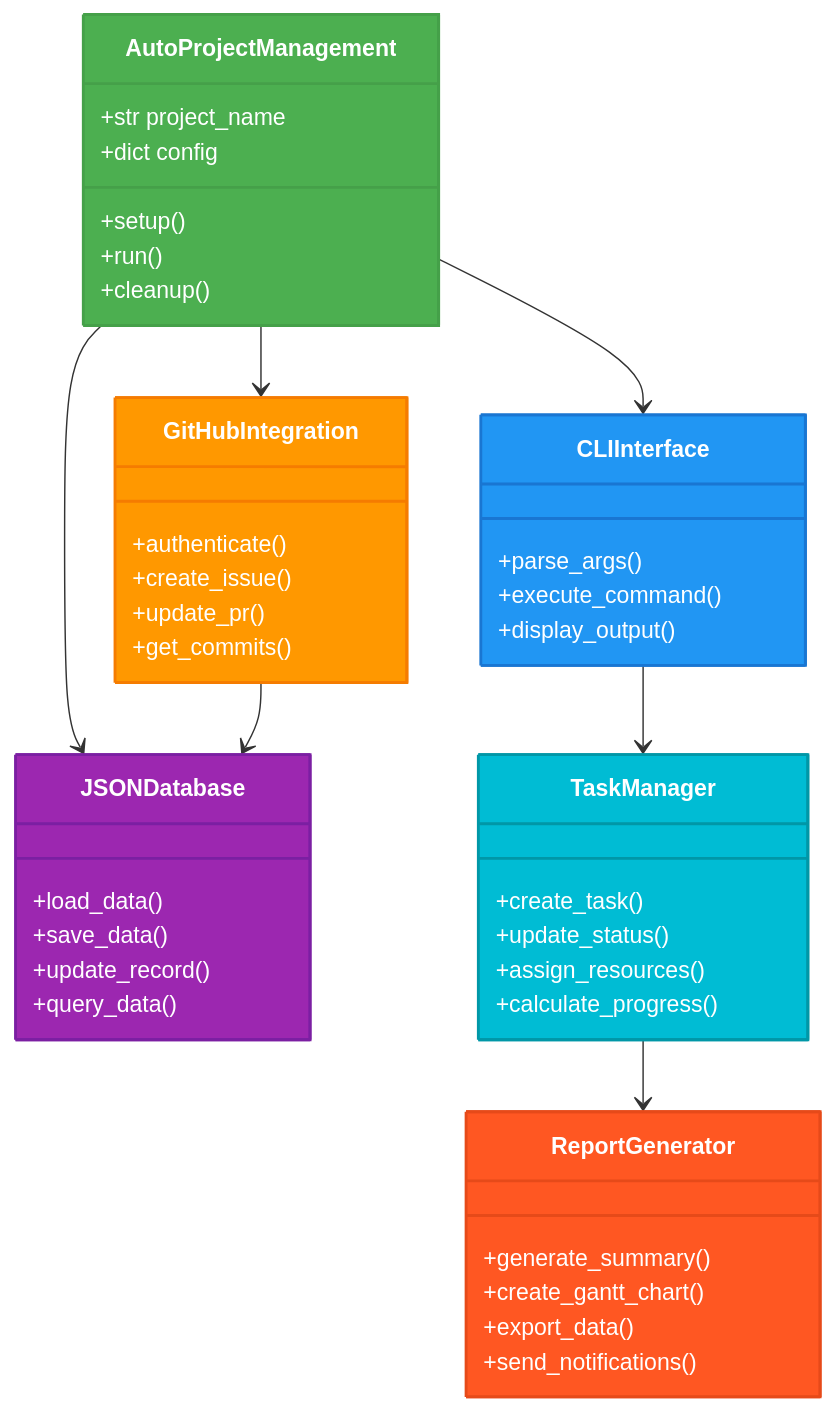
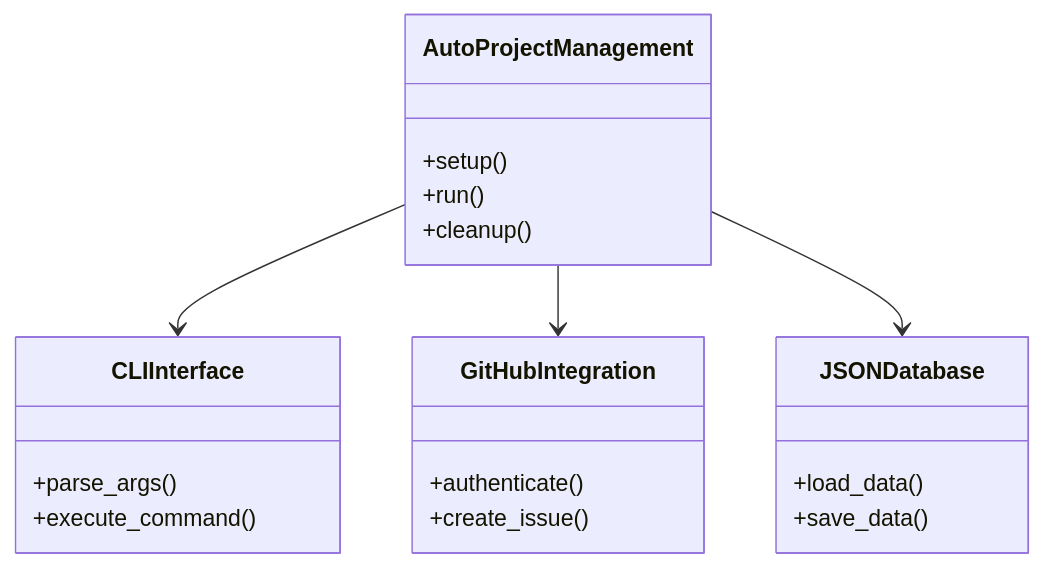
One commit to Shakour-Data/AutoProjectManagement changed the eighth of 9 diagrams in README.md. Above: the diagram before and after it, drawn with Mermaid. The commit also changed other lines of this file, not shown here.

````diff
--- a/README.md
+++ b/README.md
@@ -405,59 +113,27 @@
 ```mermaid
-%%{init: {'theme':'base', 'themeVariables': { 'primaryColor': '#4CAF50', 'primaryTextColor': '#fff', 'primaryBorderColor': '#45a049', 'lineColor': '#333', 'secondaryColor': '#2196F3', 'tertiaryColor': '#fff'}}}%%
 classDiagram
     class AutoProjectManagement {
-        +str project_name
-        +dict config
         +setup()
         +run()
         +cleanup()
     }
     
     class CLIInterface {
         +parse_args()
         +execute_command()
-        +display_output()
     }
     
     class GitHubIntegration {
         +authenticate()
         +create_issue()
-        +update_pr()
-        +get_commits()
     }
     
     class JSONDatabase {
         +load_data()
         +save_data()
-        +update_record()
-        +query_data()
-    }
-    
-    class TaskManager {
-        +create_task()
-        +update_status()
-        +assign_resources()
-        +calculate_progress()
-    }
-    
-    class ReportGenerator {
-        +generate_summary()
-        +create_gantt_chart()
-        +export_data()
-        +send_notifications()
     }
     
     AutoProjectManagement --> CLIInterface
     AutoProjectManagement --> GitHubIntegration
     AutoProjectManagement --> JSONDatabase
-    CLIInterface --> TaskManager
-    TaskManager --> ReportGenerator
-    GitHubIntegration --> JSONDatabase
-    
-    style AutoProjectManagement fill:#4CAF50,stroke:#45a049,stroke-width:2px,color:#fff
-    style CLIInterface fill:#2196F3,stroke:#1976D2,stroke-width:2px,color:#fff
-    style GitHubIntegration fill:#FF9800,stroke:#F57C00,stroke-width:2px,color:#fff
-    style JSONDatabase fill:#9C27B0,stroke:#7B1FA2,stroke-width:2px,color:#fff
-    style TaskManager fill:#00BCD4,stroke:#0097A7,stroke-width:2px,color:#fff
-    style ReportGenerator fill:#FF5722,stroke:#E64A19,stroke-width:2px,color:#fff
 ```
````
